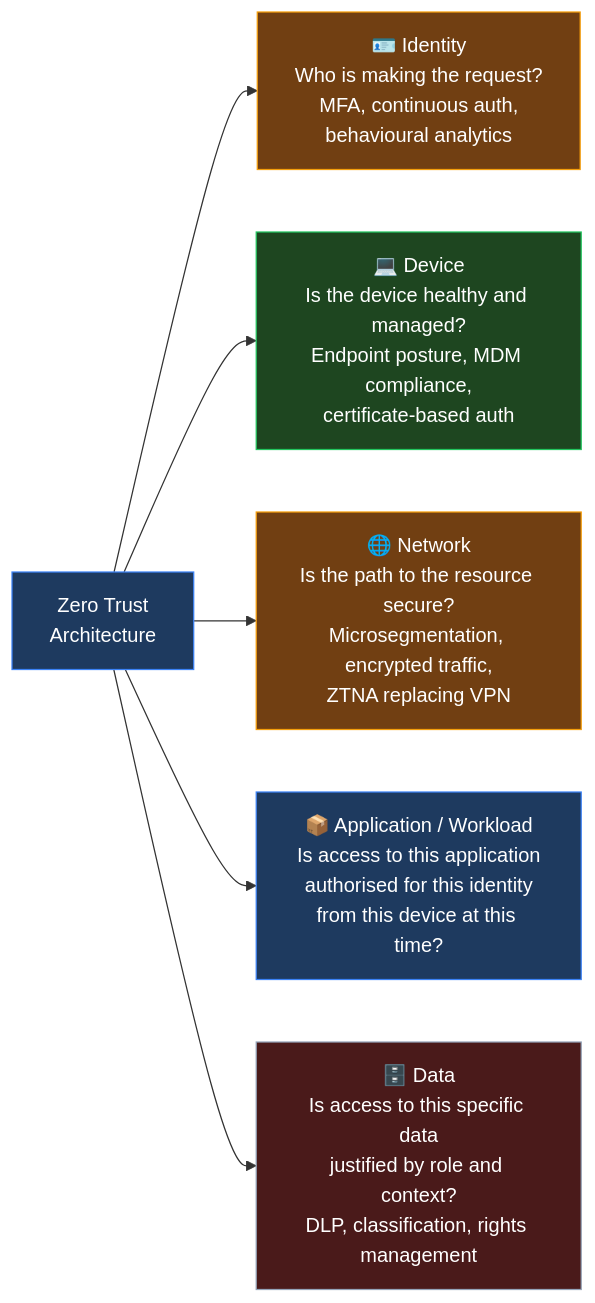
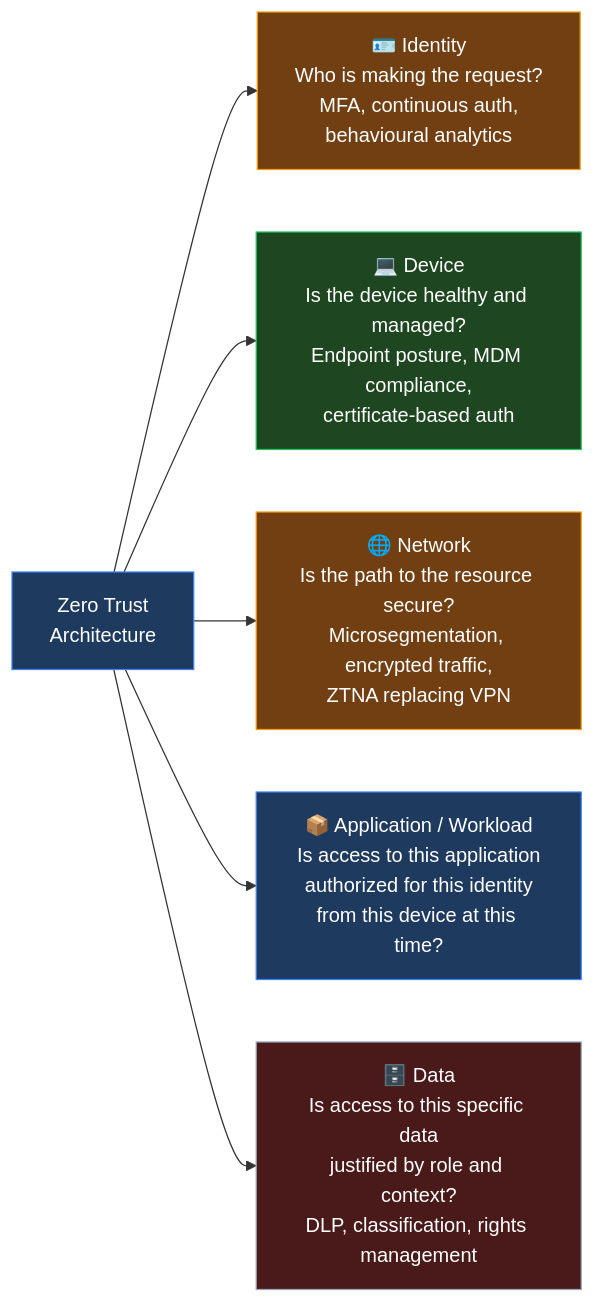
One commit to thinkIdentity/thinkIdentity.github.io changed the third of 7 diagrams in _posts/2026/05/2026-05-25-zero-trust-why-trust-but-verify-is-dead.md. Above: the diagram before and after it, drawn with Mermaid. The commit also changed other lines of this file and 14 other files, not shown here.

````diff
--- a/_posts/2026/05/2026-05-25-zero-trust-why-trust-but-verify-is-dead.md
+++ b/_posts/2026/05/2026-05-25-zero-trust-why-trust-but-verify-is-dead.md
@@ -133,23 +133,23 @@
 ```mermaid
 flowchart LR
     ZT["Zero Trust<br/>Architecture"]
 
     ID["🪪 Identity<br/>Who is making the request?<br/>MFA, continuous auth,<br/>behavioural analytics"]
     DV["💻 Device<br/>Is the device healthy and managed?<br/>Endpoint posture, MDM compliance,<br/>certificate-based auth"]
     NW["🌐 Network<br/>Is the path to the resource secure?<br/>Microsegmentation, encrypted traffic,<br/>ZTNA replacing VPN"]
-    AP["📦 Application / Workload<br/>Is access to this application<br/>authorised for this identity<br/>from this device at this time?"]
+    AP["📦 Application / Workload<br/>Is access to this application<br/>authorized for this identity<br/>from this device at this time?"]
     DA["🗄️ Data<br/>Is access to this specific data<br/>justified by role and context?<br/>DLP, classification, rights management"]
 
     ZT --> ID
     ZT --> DV
     ZT --> NW
     ZT --> AP
     ZT --> DA
 
     style ZT fill:#1e3a5f,stroke:#3b82f6,color:#fff
     style ID fill:#713f12,stroke:#f59e0b,color:#fff
     style DV fill:#1e4620,stroke:#22c55e,color:#fff
     style NW fill:#713f12,stroke:#f59e0b,color:#fff
     style AP fill:#1e3a5f,stroke:#3b82f6,color:#fff
     style DA fill:#4a1a1a,stroke:#94a3b8,color:#fff
 ```
````
